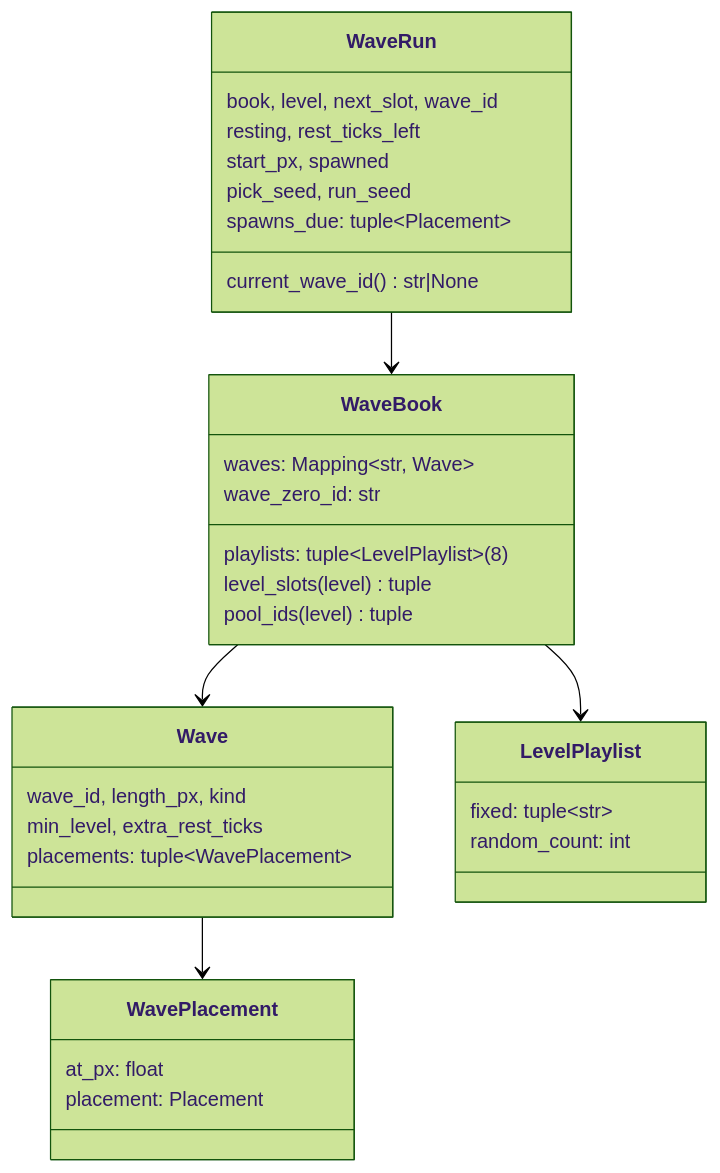
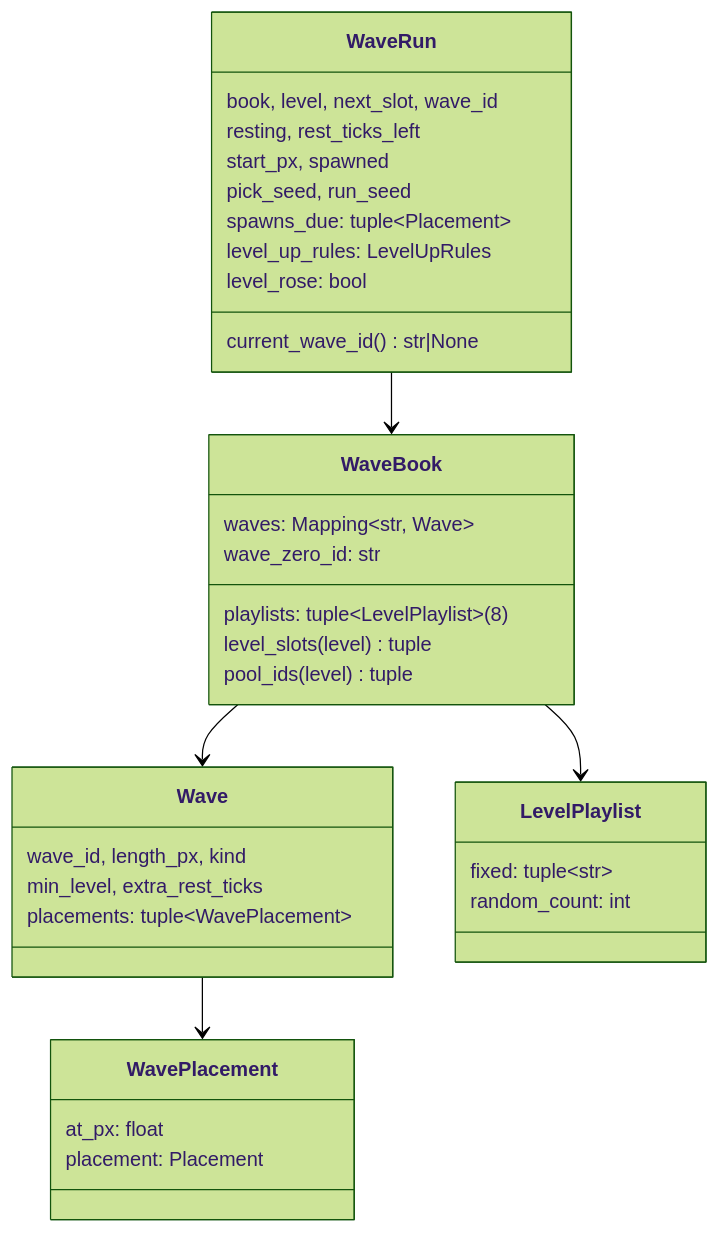
One commit to david-mntl/driftward-ace changed the second of 4 diagrams in docs/contracts/systems/waves.md. Above: the diagram before and after it, drawn with Mermaid (forest theme). The commit also changed other lines of this file and 27 other files, not shown here.

````diff
--- a/docs/contracts/systems/waves.md
+++ b/docs/contracts/systems/waves.md
@@ -27,35 +27,37 @@
 ```mermaid
 classDiagram
   class WaveBook {
     waves: Mapping~str, Wave~
     wave_zero_id: str
     playlists: tuple~LevelPlaylist~ (8)
     level_slots(level) tuple
     pool_ids(level) tuple
   }
   class Wave {
     wave_id, length_px, kind
     min_level, extra_rest_ticks
     placements: tuple~WavePlacement~
   }
   class WavePlacement {
     at_px: float
     placement: Placement
   }
   class LevelPlaylist {
     fixed: tuple~str~
     random_count: int
   }
   class WaveRun {
     book, level, next_slot, wave_id
     resting, rest_ticks_left
     start_px, spawned
     pick_seed, run_seed
     spawns_due: tuple~Placement~
+    level_up_rules: LevelUpRules
+    level_rose: bool
     current_wave_id() str|None
   }
   WaveBook --> Wave
   WaveBook --> LevelPlaylist
   Wave --> WavePlacement
   WaveRun --> WaveBook
 ```
````
